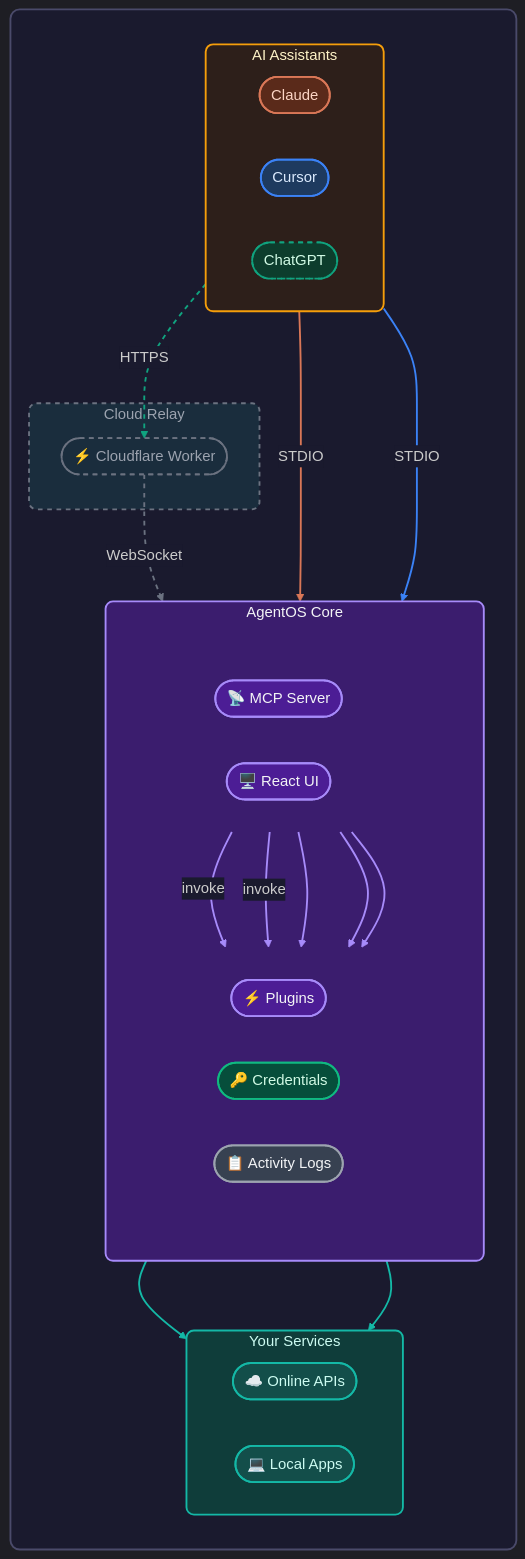
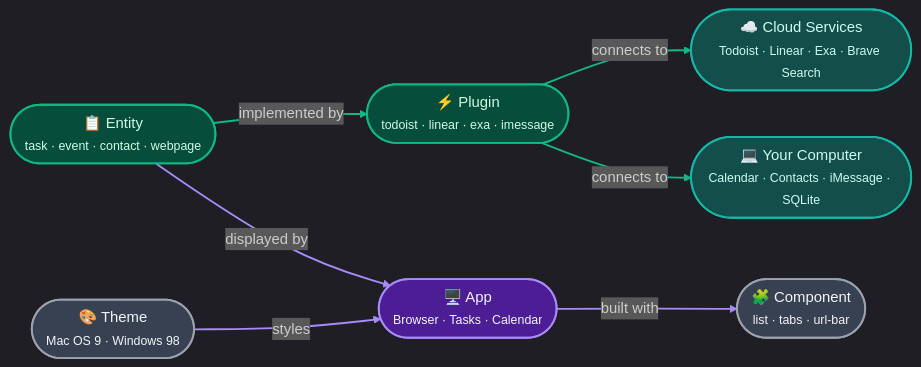
Before and after one commit to agentos-to/skills: the diagram in README.md, drawn with Mermaid. The commit also changed other lines of this file, not shown here.

Commit message:
docs: Simplify README diagram to show domain relationships
Replace complex architecture diagram with clean entity-relationship
flowchart showing how the community content fits together:
- Entity → Plugin → Cloud Services / Your Computer
- Entity → App → Component
- Theme → App

Remove entity graph section (moved technical details to core repo).

````diff
--- a/README.md
+++ b/README.md
@@ -29,81 +29,29 @@
 ```mermaid
-%%{init: {'theme': 'dark', 'themeVariables': { 'fontSize': '16px', 'fontFamily': 'ui-monospace, monospace', 'lineColor': '#6b7280', 'primaryTextColor': '#f3f4f6', 'edgeLabelBackground': '#1a1a2e' }}}%%
-flowchart TB
-    subgraph Container[" "]
-        direction TB
-        subgraph AgentGroup["AI Assistants"]
-            direction LR
-            Claude(["Claude"])
-            Cursor(["Cursor"])
-            ChatGPT(["ChatGPT"])
-        end
-        
-        subgraph Cloud["Cloud Relay"]
-            Relay(["⚡ Cloudflare Worker"])
-        end
-        
-        subgraph Core["AgentOS Core"]
-            direction TB
-            subgraph CoreTop[" "]
-                direction LR
-                MCP(["📡 MCP Server"])
-                UI(["🖥️ React UI"])
-            end
-            subgraph CoreBottom[" "]
-                direction LR
-                Plugins(["⚡ Plugins"])
-                Creds(["🔑 Credentials"])
-                Logs(["📋 Activity Logs"])
-            end
-        end
-        
-        subgraph External["Your Services"]
-            direction LR
-            Online(["☁️ Online APIs"])
-            Offline(["💻 Local Apps"])
-        end
-        
-        Claude -->|STDIO| MCP
-        Cursor -->|STDIO| MCP
-        ChatGPT -.->|HTTPS| Relay
-        Relay -.->|WebSocket| MCP
-        UI -->|invoke| Plugins
-        UI -->|invoke| Creds
-        MCP --> Plugins
-        MCP --> Creds
-        MCP --> Logs
-        Plugins --> Online
-        Plugins --> Offline
-    end
+%%{init: {'theme': 'dark', 'themeVariables': { 'fontSize': '16px', 'fontFamily': 'ui-monospace, monospace', 'lineColor': '#6b7280', 'primaryTextColor': '#f3f4f6' }}}%%
+flowchart LR
+    Entity(["📋 Entity<br/><small>task · event · contact · webpage</small>"])
+    Plugin(["⚡ Plugin<br/><small>todoist · linear · exa · imessage</small>"])
+    Cloud(["☁️ Cloud Services<br/><small>Todoist · Linear · Exa · Brave Search</small>"])
+    Local(["💻 Your Computer<br/><small>Calendar · Contacts · iMessage · SQLite</small>"])
+    App(["🖥️ App<br/><small>Browser · Tasks · Calendar</small>"])
+    Component(["🧩 Component<br/><small>list · tabs · url-bar</small>"])
+    Theme(["🎨 Theme<br/><small>Mac OS 9 · Windows 98</small>"])
     
-    style Container fill:#1a1a2e,stroke:#4a4a6a,stroke-width:2px,rx:10,ry:10
-    style AgentGroup fill:#2d1f1a,stroke:#f59e0b,stroke-width:2px,rx:8,ry:8,color:#fef3c7
-    style Cloud fill:#1a2d3d,stroke:#6b7280,stroke-width:2px,stroke-dasharray:5 5,rx:8,ry:8,color:#9ca3af
-    style Core fill:#3b1d6e,stroke:#a78bfa,stroke-width:2px,rx:8,ry:8,color:#f3f4f6
-    style CoreTop fill:transparent,stroke:transparent
-    style CoreBottom fill:transparent,stroke:transparent
-    style External fill:#0f3d3a,stroke:#14b8a6,stroke-width:2px,rx:8,ry:8,color:#ccfbf1
+    Entity -->|"implemented by"| Plugin
+    Plugin -->|"connects to"| Cloud
+    Plugin -->|"connects to"| Local
+    Entity -->|"displayed by"| App
+    App -->|"built with"| Component
+    Theme -->|"styles"| App
     
-    style Claude fill:#5a2a1a,stroke:#D97757,stroke-width:2px,color:#fcd5c5
-    style Cursor fill:#1e3a5f,stroke:#3B82F6,stroke-width:2px,color:#dbeafe
-    style ChatGPT fill:#0d3d2d,stroke:#10A37F,stroke-width:2px,stroke-dasharray:5 5,color:#d1fae5
+    style Entity fill:#064e3b,stroke:#10b981,stroke-width:2px,color:#d1fae5
+    style Plugin fill:#064e3b,stroke:#10b981,stroke-width:2px,color:#d1fae5
+    style Cloud fill:#134e4a,stroke:#14b8a6,stroke-width:2px,color:#ccfbf1
+    style Local fill:#134e4a,stroke:#14b8a6,stroke-width:2px,color:#ccfbf1
+    style App fill:#4c1d95,stroke:#a78bfa,stroke-width:2px,color:#f3f4f6
+    style Component fill:#374151,stroke:#9ca3af,stroke-width:2px,color:#f3f4f6
+    style Theme fill:#374151,stroke:#9ca3af,stroke-width:2px,color:#f3f4f6
     
-    style Relay fill:#1a2d3d,stroke:#6b7280,stroke-width:2px,stroke-dasharray:5 5,color:#9ca3af
-    
-    style MCP fill:#4c1d95,stroke:#a78bfa,stroke-width:2px,color:#f3f4f6
-    style UI fill:#4c1d95,stroke:#a78bfa,stroke-width:2px,color:#f3f4f6
-    style Plugins fill:#4c1d95,stroke:#a78bfa,stroke-width:2px,color:#f3f4f6
-    style Creds fill:#064e3b,stroke:#10b981,stroke-width:2px,color:#d1fae5
-    style Logs fill:#374151,stroke:#9ca3af,stroke-width:2px,color:#f3f4f6
-    
-    style Online fill:#134e4a,stroke:#14b8a6,stroke-width:2px,color:#ccfbf1
-    style Offline fill:#134e4a,stroke:#14b8a6,stroke-width:2px,color:#ccfbf1
-    
-    linkStyle 0 stroke:#D97757,stroke-width:2px
-    linkStyle 1 stroke:#3B82F6,stroke-width:2px
-    linkStyle 2 stroke:#10A37F,stroke-width:2px,stroke-dasharray:5 5
-    linkStyle 3 stroke:#6b7280,stroke-width:2px,stroke-dasharray:5 5
-    linkStyle 4,5 stroke:#a78bfa,stroke-width:2px
-    linkStyle 6,7,8 stroke:#a78bfa,stroke-width:2px
-    linkStyle 9,10 stroke:#14b8a6,stroke-width:2px
+    linkStyle 0,1,2 stroke:#10b981,stroke-width:2px
+    linkStyle 3,4,5 stroke:#a78bfa,stroke-width:2px
 ```
````
